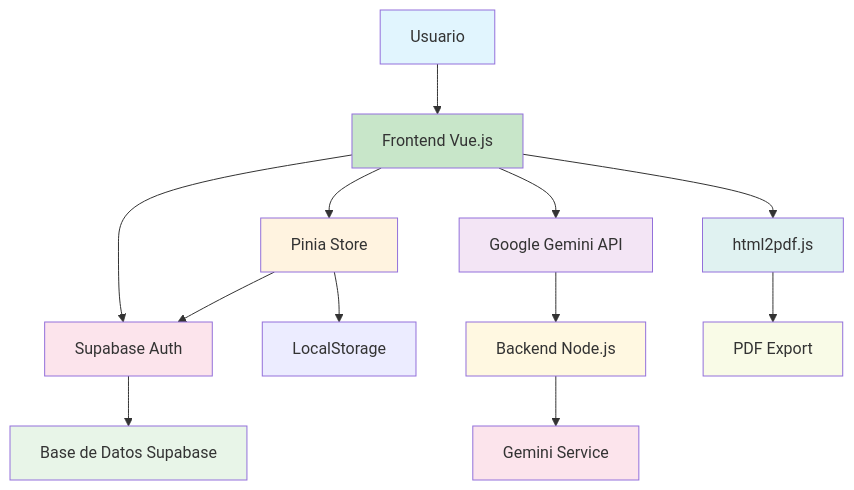
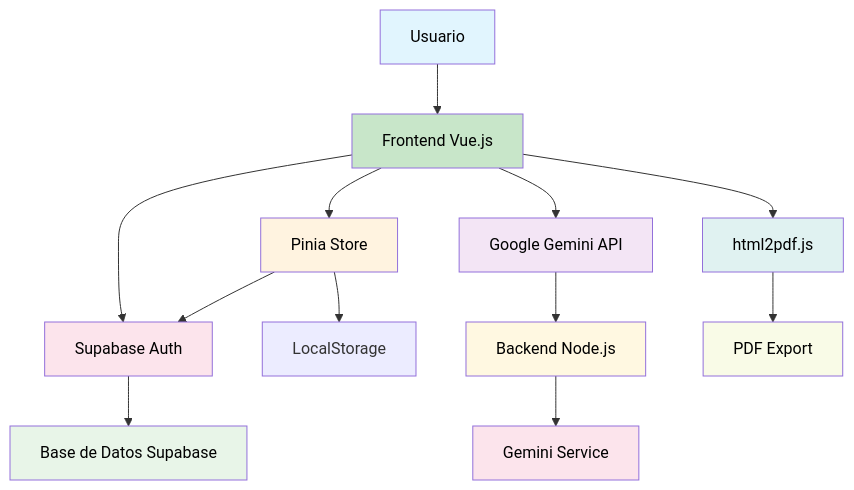
The diagram in README.md (valeepg/craft-ia), drawn with Mermaid before and after one commit. The commit also changed other lines of this file, not shown here.

Commit message:
docs: mejorar legibilidad del diagrama de arquitectura

````diff
--- a/README.md
+++ b/README.md
@@ -30,25 +30,25 @@
 ```mermaid
 graph TB
     A[Usuario] --> B[Frontend Vue.js]
     B --> C[Pinia Store]
     B --> D[Supabase Auth]
     B --> E[Google Gemini API]
     C --> F[LocalStorage]
     C --> D
     D --> G[Base de Datos Supabase]
     E --> H[Backend Node.js]
     H --> I[Gemini Service]
     B --> J[html2pdf.js]
     J --> K[PDF Export]
 
-    style A fill:#e1f5fe
-    style B fill:#c8e6c9
-    style C fill:#fff3e0
-    style D fill:#fce4ec
-    style E fill:#f3e5f5
-    style G fill:#e8f5e8
-    style H fill:#fff8e1
-    style I fill:#fce4ec
-    style J fill:#e0f2f1
-    style K fill:#f9fbe7
+    style A color:#000,fill:#e1f5fe
+    style B color:#000,fill:#c8e6c9
+    style C color:#000,fill:#fff3e0
+    style D color:#000,fill:#fce4ec
+    style E color:#000,fill:#f3e5f5
+    style G color:#000,fill:#e8f5e8
+    style H color:#000,fill:#fff8e1
+    style I color:#000,fill:#fce4ec
+    style J color:#000,fill:#e0f2f1
+    style K color:#000,fill:#f9fbe7
 ```
````
